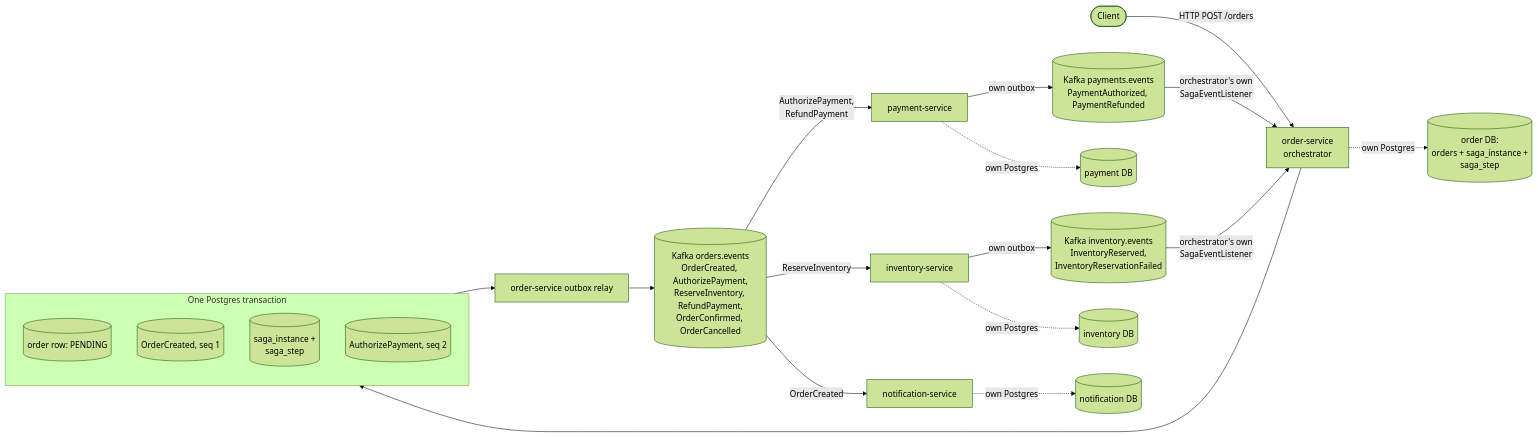
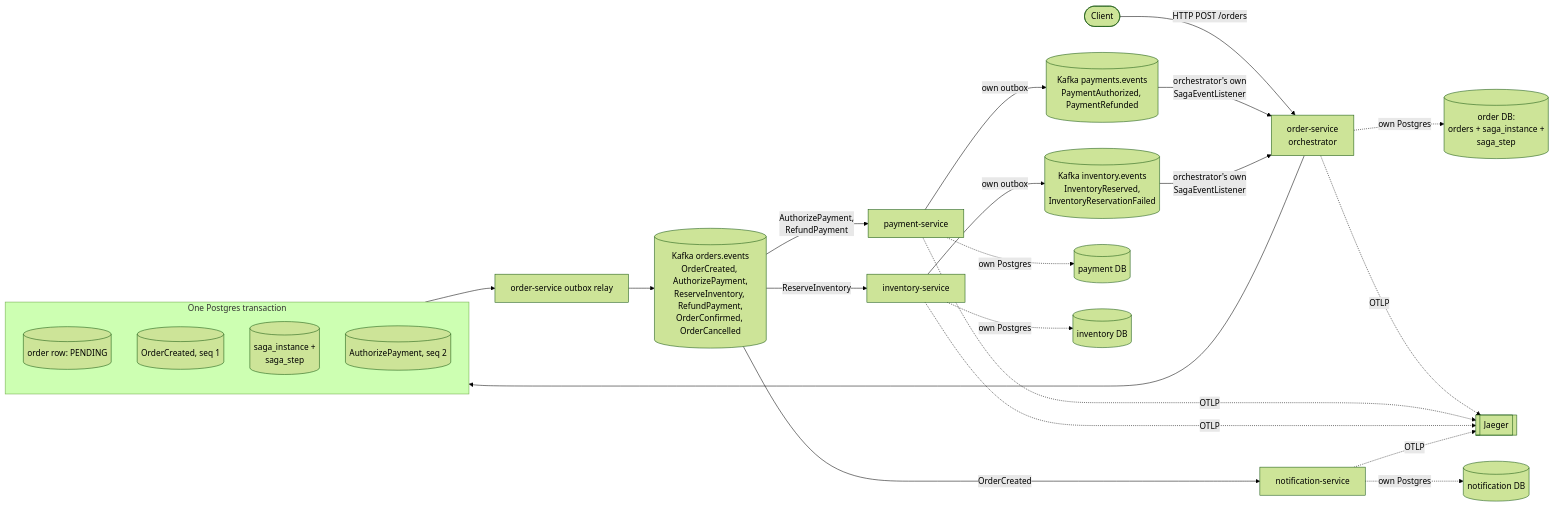
Before and after one commit to meetsutariya4448/EventForge: the first of 2 diagrams in docs/architecture.md, drawn with Mermaid (forest theme). The commit also changed other lines of this file and 2 other files, not shown here.

First line of the commit message:
docs: fix stale M3-era claims in architecture.md, ADR-0001, duplicate-taxonomy

````diff
--- a/docs/architecture.md
+++ b/docs/architecture.md
@@ -10,30 +12,35 @@
 ```mermaid
 flowchart LR
     Client([Client]) -->|HTTP POST /orders| Order[order-service\norchestrator]
 
     subgraph OrderTx["One Postgres transaction"]
         OrderRow[(order row: PENDING)]
         OC[(OrderCreated, seq 1)]
         SagaRow[(saga_instance +\nsaga_step)]
         AP[(AuthorizePayment, seq 2)]
     end
 
     Order --> OrderTx
     OrderTx --> Relay[order-service outbox relay]
     Relay --> OrdersTopic[(Kafka orders.events\nOrderCreated, AuthorizePayment,\nReserveInventory, RefundPayment,\nOrderConfirmed, OrderCancelled)]
 
     OrdersTopic -->|AuthorizePayment,\nRefundPayment| Payment[payment-service]
     OrdersTopic -->|ReserveInventory| Inventory[inventory-service]
     OrdersTopic -->|OrderCreated| Notification[notification-service]
 
     Payment -->|own outbox| PaymentsTopic[(Kafka payments.events\nPaymentAuthorized, PaymentRefunded)]
     Inventory -->|own outbox| InventoryTopic[(Kafka inventory.events\nInventoryReserved,\nInventoryReservationFailed)]
 
     PaymentsTopic -->|orchestrator's own\nSagaEventListener| Order
     InventoryTopic -->|orchestrator's own\nSagaEventListener| Order
 
     Payment -.->|own Postgres| PaymentDB[(payment DB)]
     Inventory -.->|own Postgres| InventoryDB[(inventory DB)]
     Order -.->|own Postgres| OrderDB[(order DB:\norders + saga_instance +\nsaga_step)]
     Notification -.->|own Postgres| NotificationDB[(notification DB)]
+
+    Order -.->|OTLP| Jaeger[[Jaeger]]
+    Payment -.->|OTLP| Jaeger
+    Inventory -.->|OTLP| Jaeger
+    Notification -.->|OTLP| Jaeger
 ```
````
